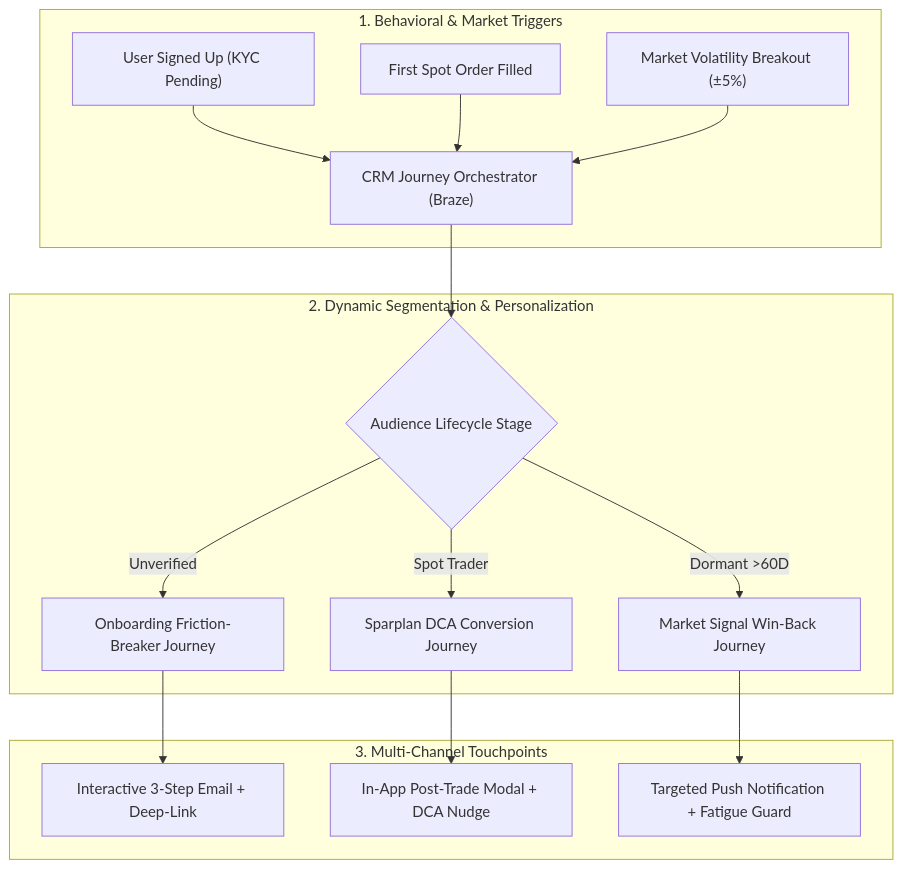
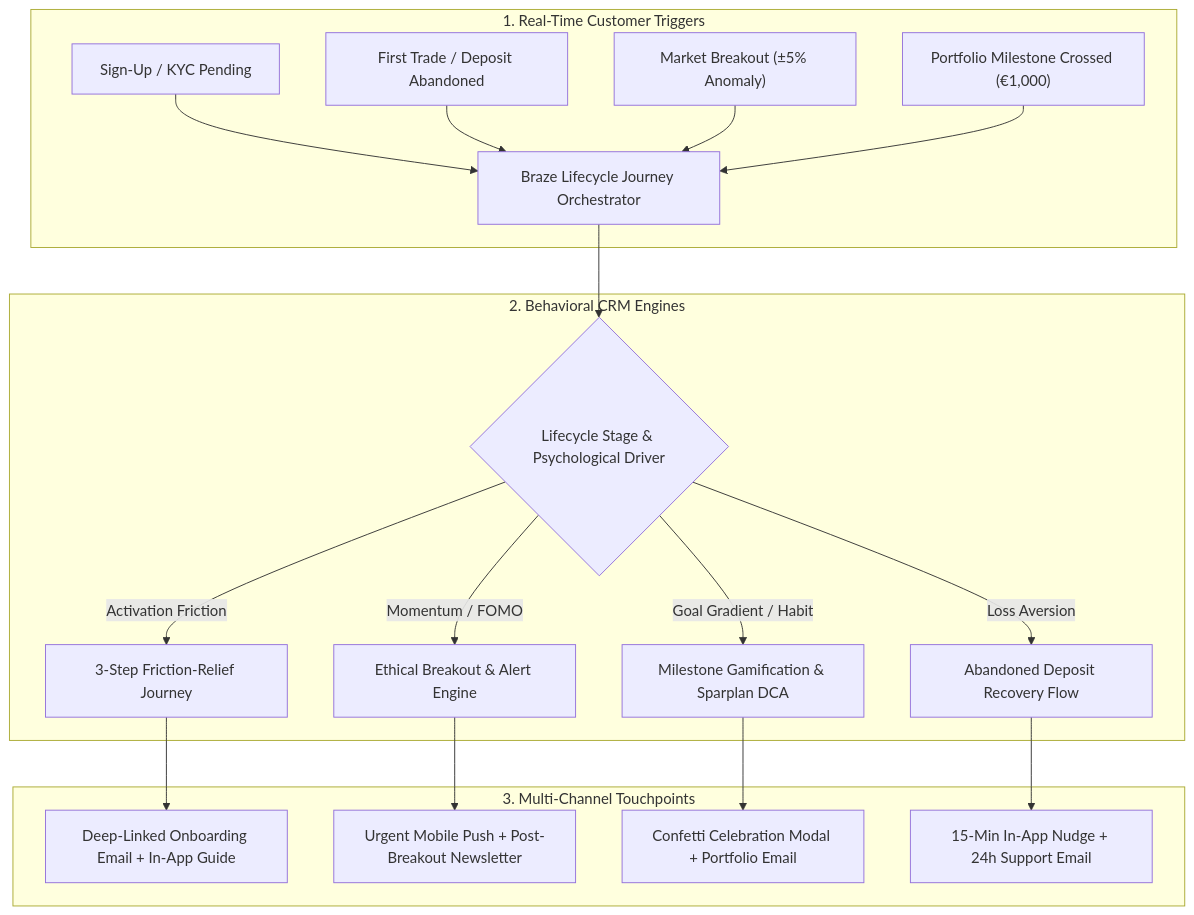
The diagram in README.md (Faizan021/crypto-trading-growth-engine), drawn with Mermaid before and after one commit. The commit also changed other lines of this file, not shown here.

Commit message:
docs: add 4 new omnichannel psychological CRM cases (Ethical FOMO, Milestone Gamification, Deposit Recovery, Staking Nudge)

````diff
--- a/README.md
+++ b/README.md
@@ -17,21 +17,24 @@
 ```mermaid
 flowchart TD
-    subgraph Trigger_Layer ["1. Behavioral & Market Triggers"]
-        A["User Signed Up (KYC Pending)"] --> D["CRM Journey Orchestrator (Braze)"]
-        B["First Spot Order Filled"] --> D
-        C["Market Volatility Breakout (±5%)"] --> D
+    subgraph Behavioral_Triggers ["1. Real-Time Customer Triggers"]
+        A["Sign-Up / KYC Pending"] --> D["Braze Lifecycle Journey Orchestrator"]
+        B["First Trade / Deposit Abandoned"] --> D
+        C["Market Breakout (±5% Anomaly)"] --> D
+        T["Portfolio Milestone Crossed (€1,000)"] --> D
     end
 
-    subgraph Segmentation_Layer ["2. Dynamic Segmentation & Personalization"]
-        D --> E{"Audience Lifecycle Stage"}
-        E -->|Unverified| F["Onboarding Friction-Breaker Journey"]
-        E -->|Spot Trader| G["Sparplan DCA Conversion Journey"]
-        E -->|Dormant >60D| H["Market Signal Win-Back Journey"]
+    subgraph Psychological_Engines ["2. Behavioral CRM Engines"]
+        D --> E{"Lifecycle Stage & Psychological Driver"}
+        E -->|Activation Friction| F["3-Step Friction-Relief Journey"]
+        E -->|Momentum / FOMO| G["Ethical Breakout & Alert Engine"]
+        E -->|Goal Gradient / Habit| H["Milestone Gamification & Sparplan DCA"]
+        E -->|Loss Aversion| I["Abandoned Deposit Recovery Flow"]
     end
 
-    subgraph Multichannel_Layer ["3. Multi-Channel Touchpoints"]
-        F --> I["Interactive 3-Step Email + Deep-Link"]
-        G --> J["In-App Post-Trade Modal + DCA Nudge"]
-        H --> K["Targeted Push Notification + Fatigue Guard"]
+    subgraph Omnichannel_Execution ["3. Multi-Channel Touchpoints"]
+        F --> J["Deep-Linked Onboarding Email + In-App Guide"]
+        G --> K["Urgent Mobile Push + Post-Breakout Newsletter"]
+        H --> L["Confetti Celebration Modal + Portfolio Email"]
+        I --> M["15-Min In-App Nudge + 24h Support Email"]
     end
 ```
````
